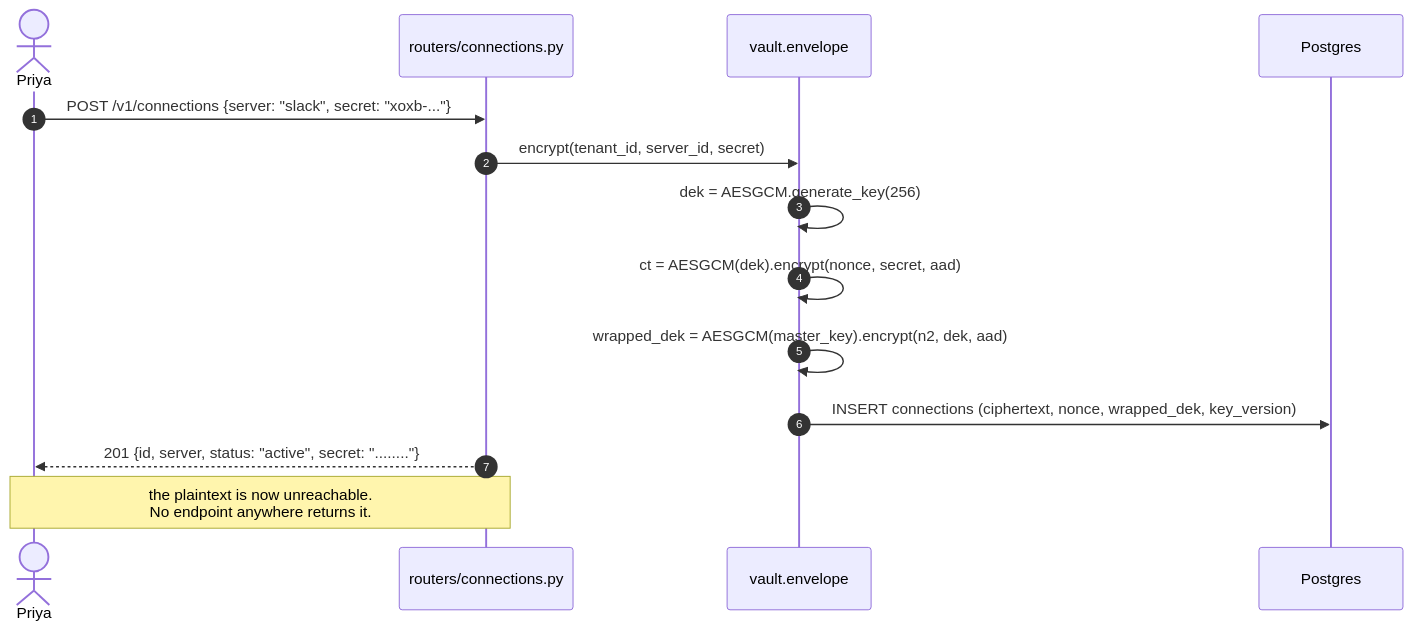
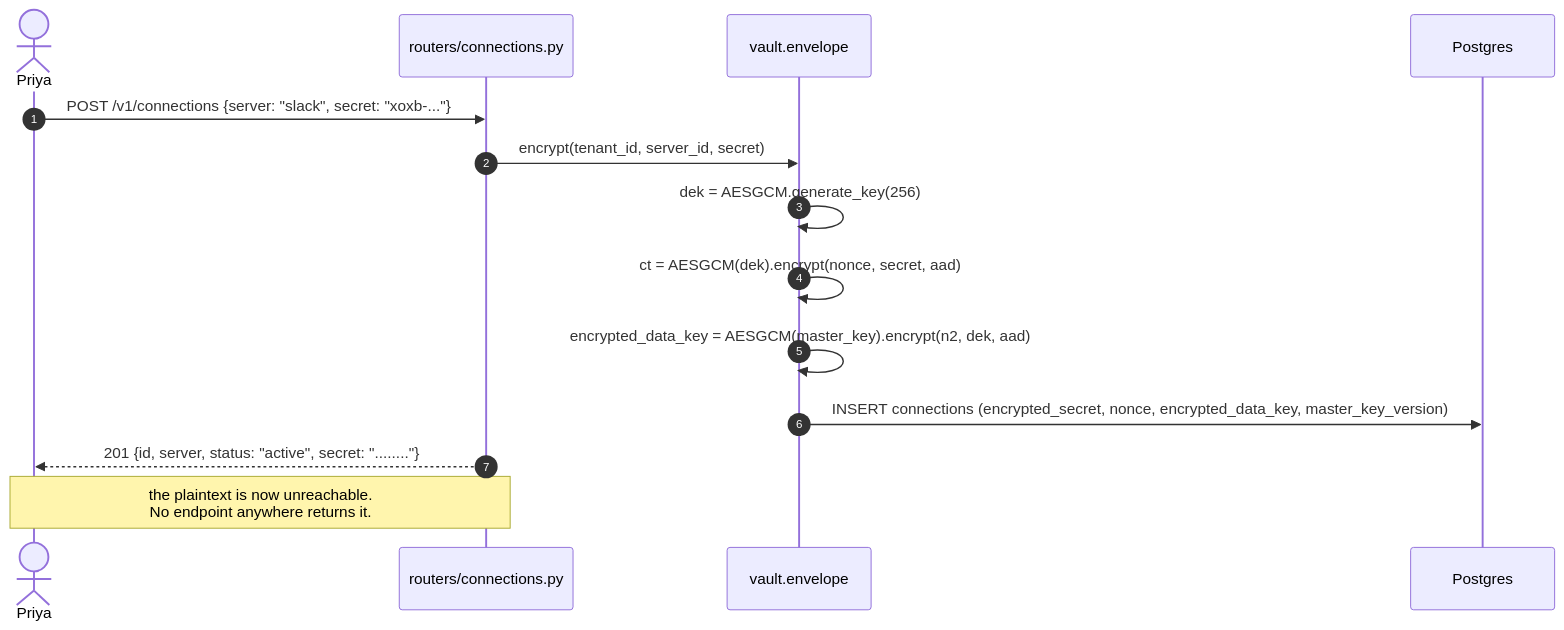
The fifth of 14 diagrams in docs/DESIGN.md (Shivanilarokar/AgentPlatformCapstone), drawn with Mermaid before and after one commit. The commit also changed other lines of this file and 29 other files, not shown here.

````diff
--- a/docs/DESIGN.md
+++ b/docs/DESIGN.md
@@ -225,17 +225,17 @@
 ```mermaid
 sequenceDiagram
     autonumber
     actor U as Priya
     participant API as routers/connections.py
     participant V as vault.envelope
     participant DB as Postgres
 
     U->>API: POST /v1/connections {server: "slack", secret: "xoxb-..."}
     API->>V: encrypt(tenant_id, server_id, secret)
     V->>V: dek = AESGCM.generate_key(256)
     V->>V: ct = AESGCM(dek).encrypt(nonce, secret, aad)
-    V->>V: wrapped_dek = AESGCM(master_key).encrypt(n2, dek, aad)
-    V->>DB: INSERT connections (ciphertext, nonce, wrapped_dek, key_version)
+    V->>V: encrypted_data_key = AESGCM(master_key).encrypt(n2, dek, aad)
+    V->>DB: INSERT connections (encrypted_secret, nonce, encrypted_data_key, master_key_version)
     API-->>U: 201 {id, server, status: "active", secret: "........"}
     Note over API,U: the plaintext is now unreachable.<br/>No endpoint anywhere returns it.
 ```
````
